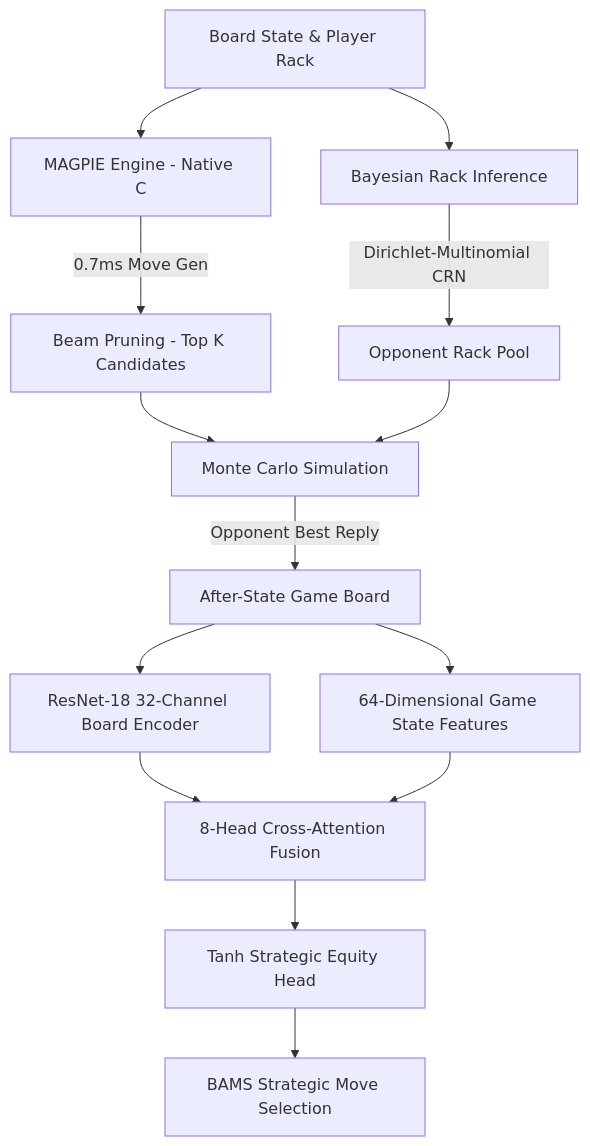
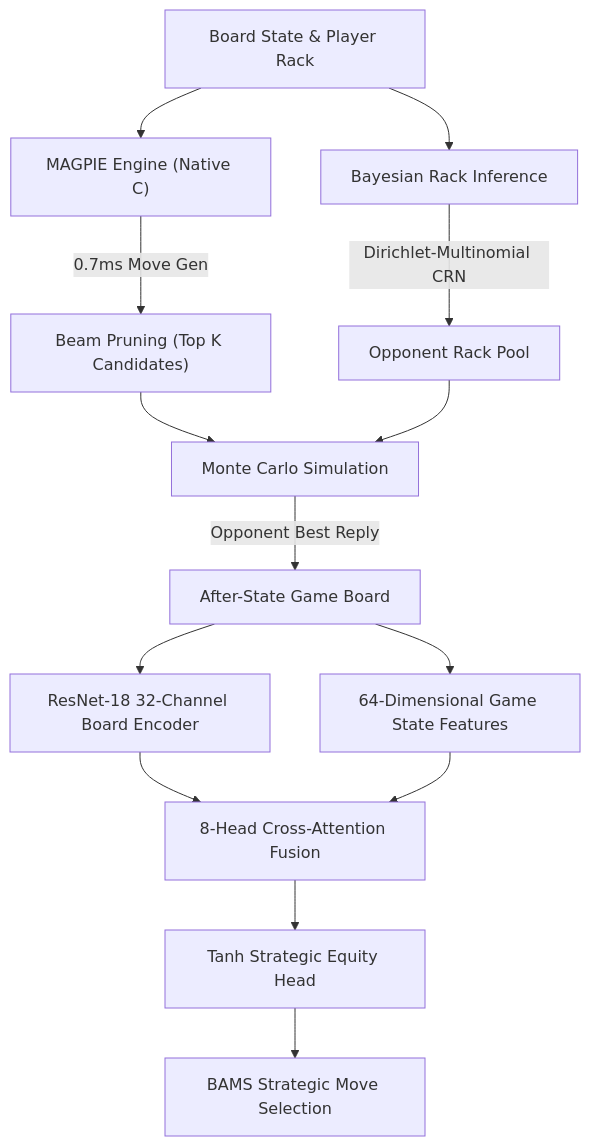
One commit to targed/Alphable changed the diagram in README.md. Above: the diagram before and after it, drawn with Mermaid. The commit also changed other lines of this file and 16 other files, not shown here.

````diff
--- a/README.md
+++ b/README.md
@@ -102,14 +110,14 @@
 ```mermaid
 graph TD
-    A[Board State & Player Rack] --> B[MAGPIE Engine - Native C]
-    B -->|0.7ms Move Gen| C[Beam Pruning - Top K Candidates]
-    A --> D[Bayesian Rack Inference]
-    D -->|Dirichlet-Multinomial CRN| E[Opponent Rack Pool]
-    C & E --> F[Monte Carlo Simulation]
-    F -->|Opponent Best Reply| G[After-State Game Board]
-    G --> H[ResNet-18 32-Channel Board Encoder]
-    G --> I[64-Dimensional Game State Features]
-    H & I --> J[8-Head Cross-Attention Fusion]
-    J --> K[Tanh Strategic Equity Head]
-    K --> L[BAMS Strategic Move Selection]
+    A["Board State & Player Rack"] --> B["MAGPIE Engine (Native C)"]
+    B -->|"0.7ms Move Gen"| C["Beam Pruning (Top K Candidates)"]
+    A --> D["Bayesian Rack Inference"]
+    D -->|"Dirichlet-Multinomial CRN"| E["Opponent Rack Pool"]
+    C & E --> F["Monte Carlo Simulation"]
+    F -->|"Opponent Best Reply"| G["After-State Game Board"]
+    G --> H["ResNet-18 32-Channel Board Encoder"]
+    G --> I["64-Dimensional Game State Features"]
+    H & I --> J["8-Head Cross-Attention Fusion"]
+    J --> K["Tanh Strategic Equity Head"]
+    K --> L["BAMS Strategic Move Selection"]
 ```
````
